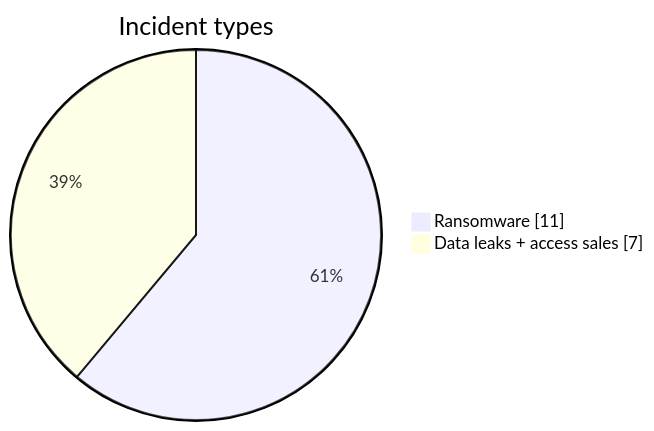
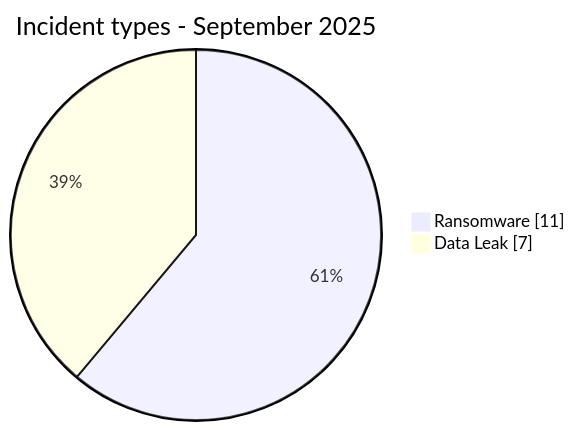
The first of 3 diagrams in CyberAttackAfrica/2025/09-september/README.md (Hatchepsoute/AFRINTEL), drawn with Mermaid before and after one commit. The commit also changed other lines of this file and 35 other files, not shown here.

````diff
--- a/CyberAttackAfrica/2025/09-september/README.md
+++ b/CyberAttackAfrica/2025/09-september/README.md
@@ -140,6 +68,6 @@
 ```mermaid
 pie showData
-    title Incident types
+    title Incident types - September 2025
     "Ransomware" : 11
-    "Data leaks + access sales" : 7
+    "Data Leak" : 7
 ```
````
